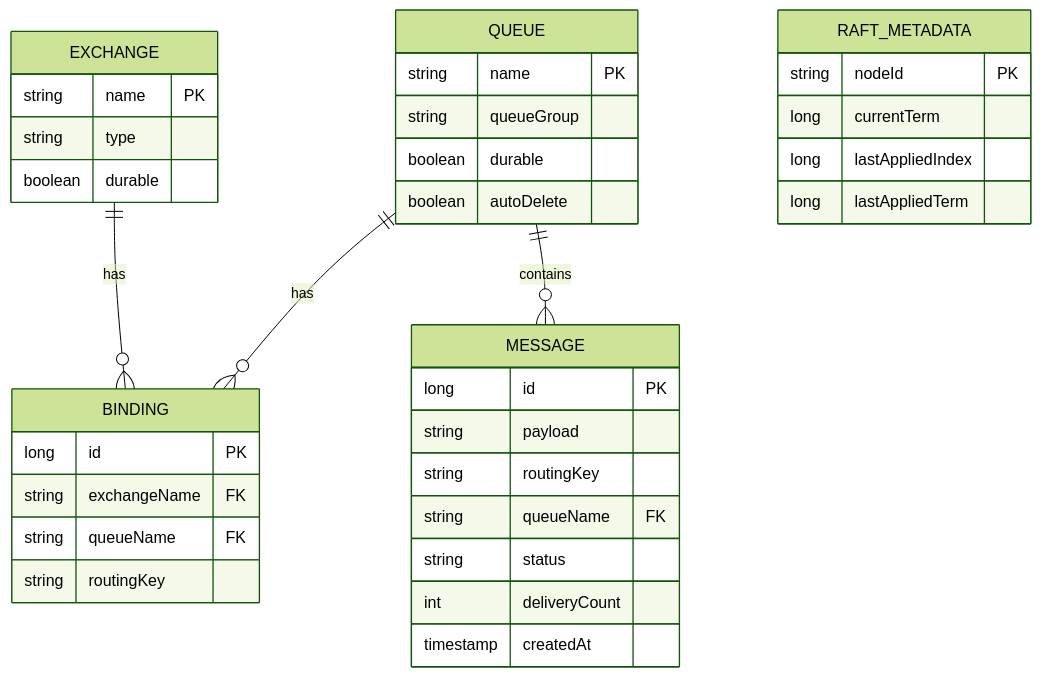
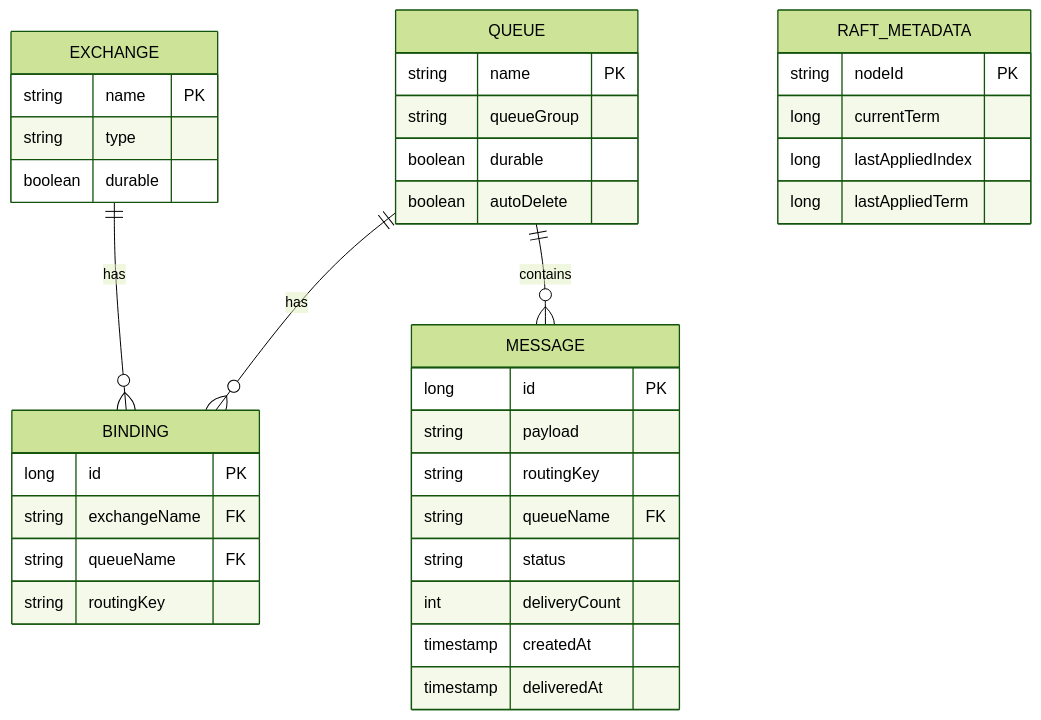
Before and after one commit to nadermedhet148/simpleMQ: the seventh of 9 diagrams in README.md, drawn with Mermaid (forest theme). The commit also changed other lines of this file and 8 other files, not shown here.

````diff
--- a/README.md
+++ b/README.md
@@ -340,39 +340,40 @@
 ```mermaid
 erDiagram
     EXCHANGE {
         string name PK
         string type
         boolean durable
     }
     QUEUE {
         string name PK
         string queueGroup
         boolean durable
         boolean autoDelete
     }
     BINDING {
         long id PK
         string exchangeName FK
         string queueName FK
         string routingKey
     }
     MESSAGE {
         long id PK
         string payload
         string routingKey
         string queueName FK
         string status
         int deliveryCount
         timestamp createdAt
+        timestamp deliveredAt
     }
     RAFT_METADATA {
         string nodeId PK
         long currentTerm
         long lastAppliedIndex
         long lastAppliedTerm
     }
 
     EXCHANGE ||--o{ BINDING : "has"
     QUEUE ||--o{ BINDING : "has"
     QUEUE ||--o{ MESSAGE : "contains"
 ```
````
